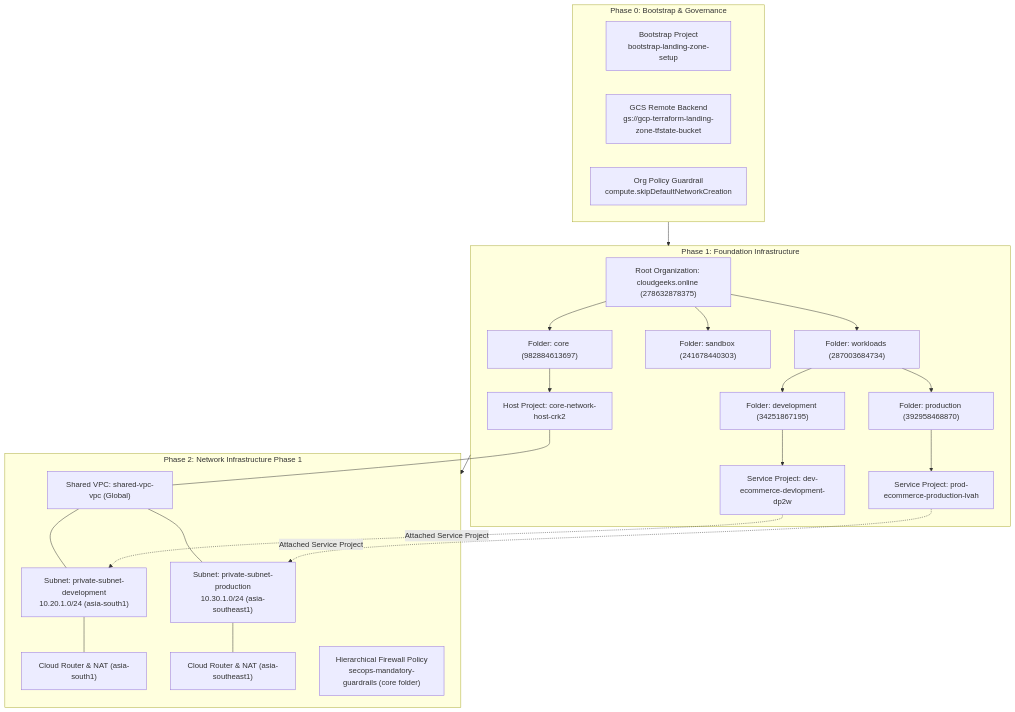
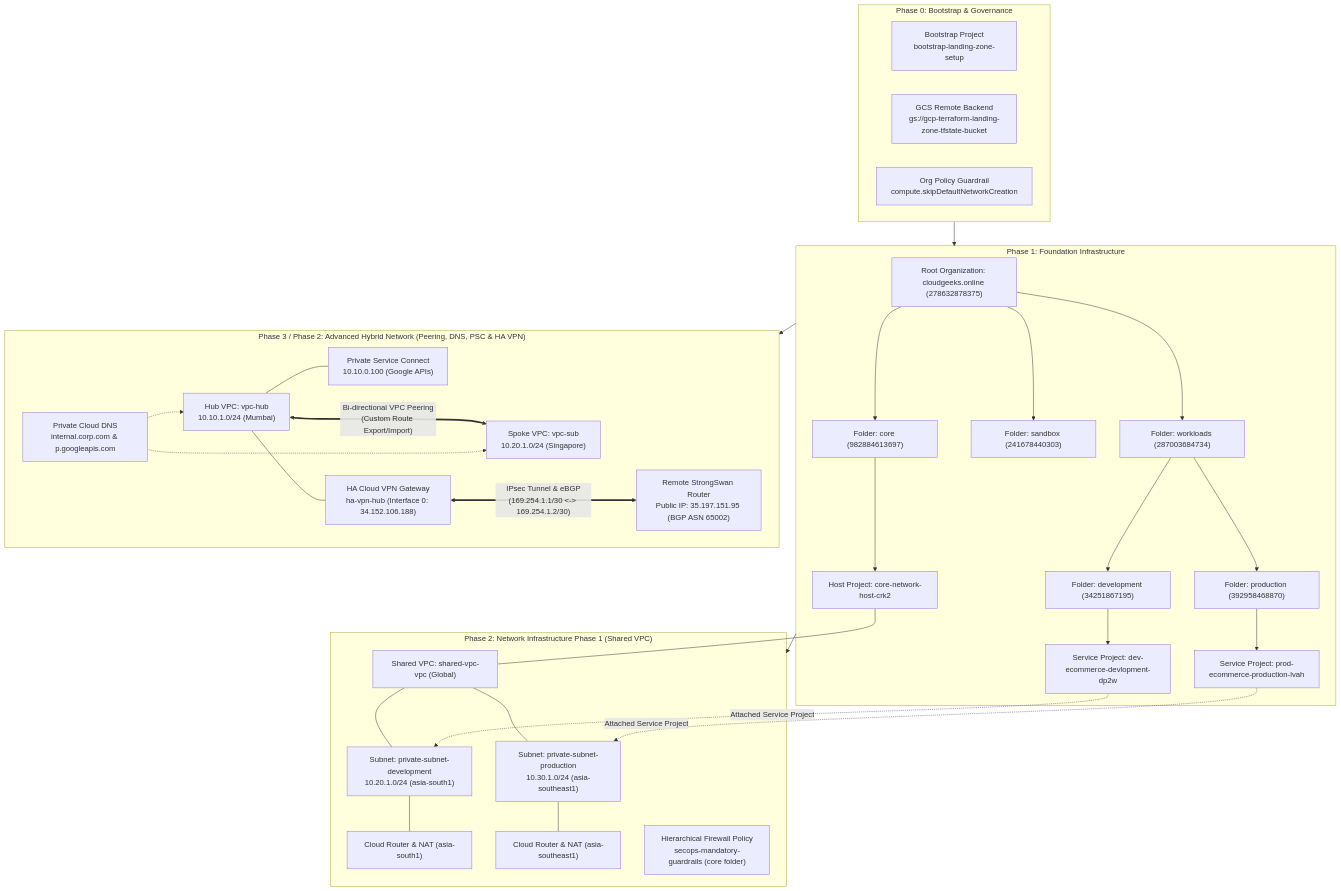
The diagram in 2-gcp-landing-zone-terraform/README.md (yuva-cloud-devops/gcp-terraform-best-practices), drawn with Mermaid before and after one commit. The commit also changed other lines of this file and 2 other files, not shown here.

Commit message:
docs: add documentation for network infrastructure phase 2 advanced features

````diff
--- a/2-gcp-landing-zone-terraform/README.md
+++ b/2-gcp-landing-zone-terraform/README.md
@@ -38,45 +52,61 @@
 ```mermaid
 flowchart TD
     subgraph BootstrapLayer["Phase 0: Bootstrap & Governance"]
         BootProj["Bootstrap Project\nbootstrap-landing-zone-setup"]
         StateBucket["GCS Remote Backend\ngs://gcp-terraform-landing-zone-tfstate-bucket"]
         OrgPolicy["Org Policy Guardrail\ncompute.skipDefaultNetworkCreation"]
     end
 
     subgraph FoundationLayer["Phase 1: Foundation Infrastructure"]
         Org["Root Organization: cloudgeeks.online (278632878375)"]
         FolderCore["Folder: core (982884613697)"]
         FolderWorkloads["Folder: workloads (287003684734)"]
         FolderDev["Folder: development (34251867195)"]
         FolderProd["Folder: production (392958468870)"]
         FolderSandbox["Folder: sandbox (241678440303)"]
 
         ProjHost["Host Project: core-network-host-crk2"]
         ProjDev["Service Project: dev-ecommerce-devlopment-dp2w"]
         ProjProd["Service Project: prod-ecommerce-production-lvah"]
 
         Org --> FolderCore & FolderWorkloads & FolderSandbox
         FolderWorkloads --> FolderDev & FolderProd
         FolderCore --> ProjHost
         FolderDev --> ProjDev
         FolderProd --> ProjProd
     end
 
-    subgraph NetworkLayer["Phase 2: Network Infrastructure Phase 1"]
+    subgraph NetworkPhase1["Phase 2: Network Infrastructure Phase 1 (Shared VPC)"]
         VPC["Shared VPC: shared-vpc-vpc (Global)"]
         SubnetDev["Subnet: private-subnet-development\n10.20.1.0/24 (asia-south1)"]
         SubnetProd["Subnet: private-subnet-production\n10.30.1.0/24 (asia-southeast1)"]
         NATDev["Cloud Router & NAT (asia-south1)"]
         NATProd["Cloud Router & NAT (asia-southeast1)"]
         HFirewall["Hierarchical Firewall Policy\nsecops-mandatory-guardrails (core folder)"]
 
         ProjHost --- VPC
         VPC --- SubnetDev & SubnetProd
         SubnetDev --- NATDev
         SubnetProd --- NATProd
         ProjDev -.->|Attached Service Project| SubnetDev
         ProjProd -.->|Attached Service Project| SubnetProd
     end
 
-    BootstrapLayer --> FoundationLayer --> NetworkLayer
+    subgraph NetworkPhase2["Phase 3 / Phase 2: Advanced Hybrid Network (Peering, DNS, PSC & HA VPN)"]
+        HubVPC["Hub VPC: vpc-hub\n10.10.1.0/24 (Mumbai)"]
+        SubVPC["Spoke VPC: vpc-sub\n10.20.1.0/24 (Singapore)"]
+        CloudDNS["Private Cloud DNS\ninternal.corp.com & p.googleapis.com"]
+        PSC["Private Service Connect\n10.10.0.100 (Google APIs)"]
+        HAVPN["HA Cloud VPN Gateway\nha-vpn-hub (Interface 0: 34.152.106.188)"]
+        RemoteGW["Remote StrongSwan Router\nPublic IP: 35.197.151.95 (BGP ASN 65002)"]
+
+        HubVPC <===>|"Bi-directional VPC Peering\n(Custom Route Export/Import)"| SubVPC
+        CloudDNS -.-> HubVPC & SubVPC
+        HubVPC --- PSC
+        HubVPC --- HAVPN
+        HAVPN <===>|"IPsec Tunnel & eBGP\n(169.254.1.1/30 <-> 169.254.1.2/30)"| RemoteGW
+    end
+
+    BootstrapLayer --> FoundationLayer --> NetworkPhase1
+    FoundationLayer --> NetworkPhase2
 ```
````
